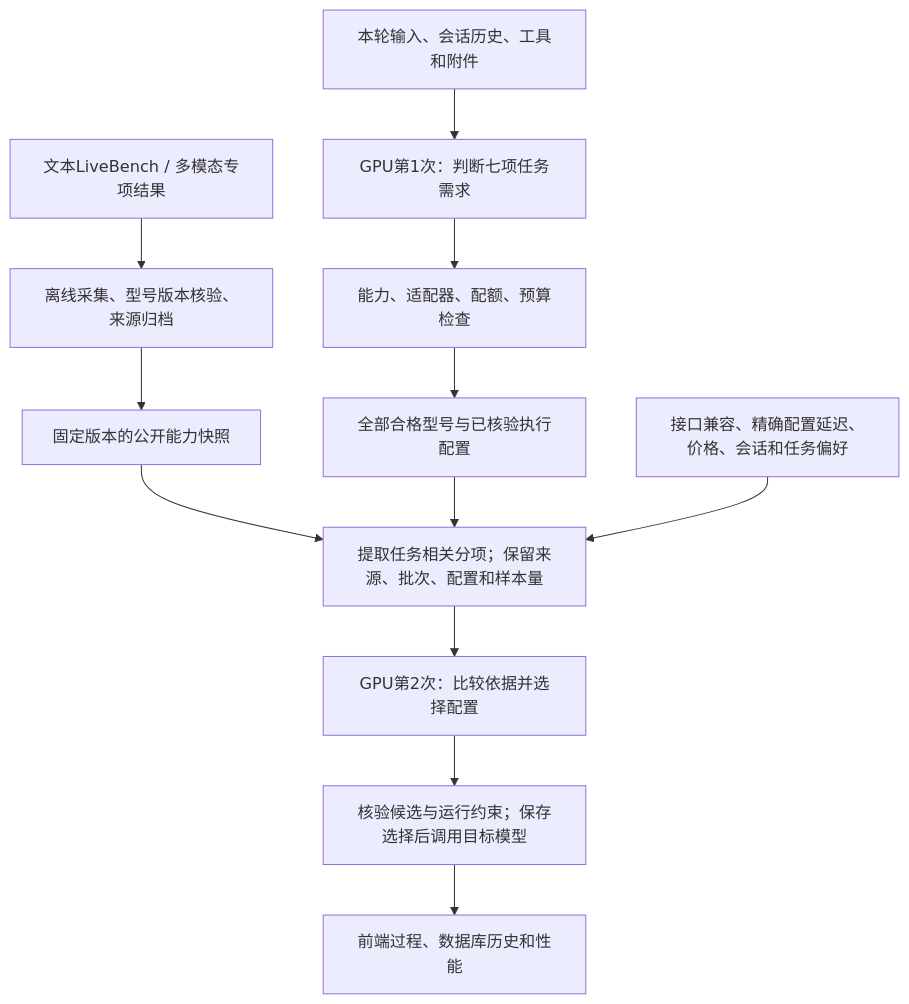
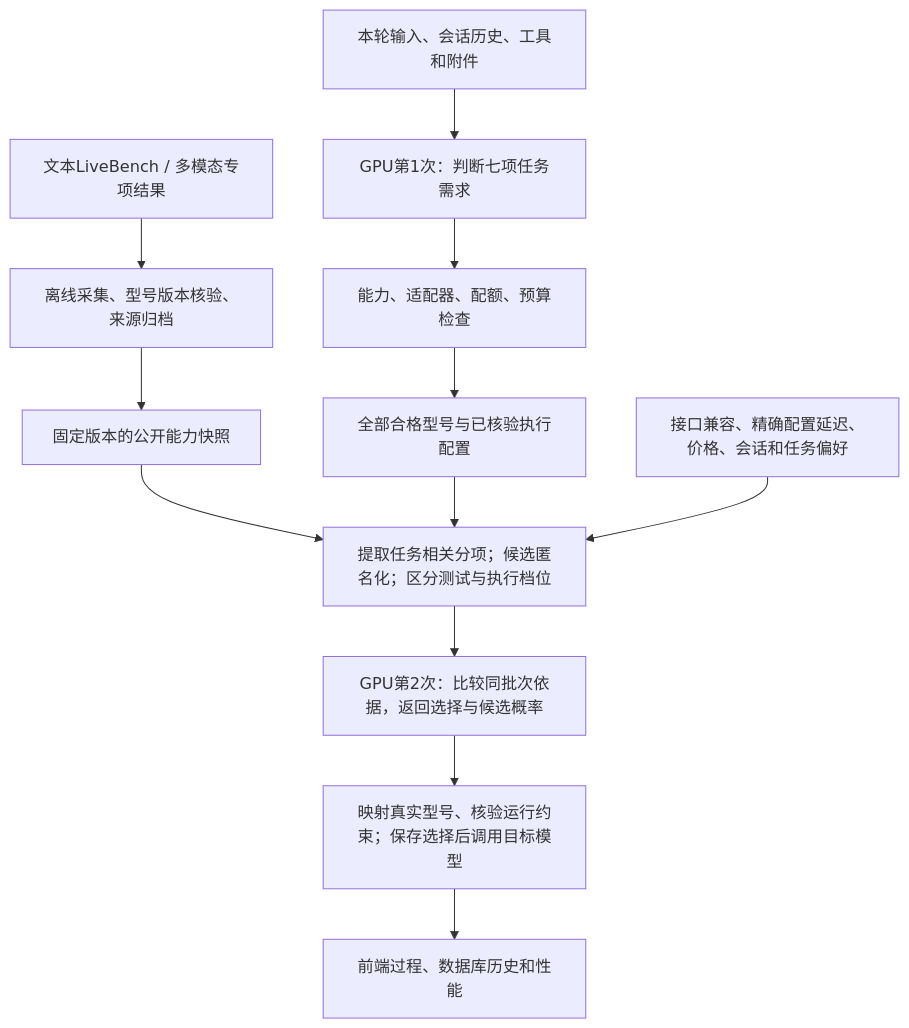
Before and after one commit to milan9527/DeciderModelRouter: the diagram in docs/PUBLIC_BENCHMARK_EVIDENCE.zh.md, drawn with Mermaid. The commit also changed other lines of this file and 396 other files, not shown here.

````diff
--- a/docs/PUBLIC_BENCHMARK_EVIDENCE.zh.md
+++ b/docs/PUBLIC_BENCHMARK_EVIDENCE.zh.md
@@ -37,14 +37,14 @@
 ```mermaid
 flowchart TD
     A["文本LiveBench / 多模态专项结果"] --> B["离线采集、型号版本核验、来源归档"]
     B --> C["固定版本的公开能力快照"]
     U["本轮输入、会话历史、工具和附件"] --> G1["GPU第1次：判断七项任务需求"]
     G1 --> F["能力、适配器、配额、预算检查"]
     F --> P["全部合格型号与已核验执行配置"]
-    C --> E["提取任务相关分项；保留来源、批次、配置和样本量"]
+    C --> E["提取任务相关分项；候选匿名化；区分测试与执行档位"]
     P --> E
     D["接口兼容、精确配置延迟、价格、会话和任务偏好"] --> E
-    E --> G2["GPU第2次：比较依据并选择配置"]
-    G2 --> X["核验候选与运行约束；保存选择后调用目标模型"]
+    E --> G2["GPU第2次：比较同批次依据，返回选择与候选概率"]
+    G2 --> X["映射真实型号、核验运行约束；保存选择后调用目标模型"]
     X --> H["前端过程、数据库历史和性能"]
 ```
````
